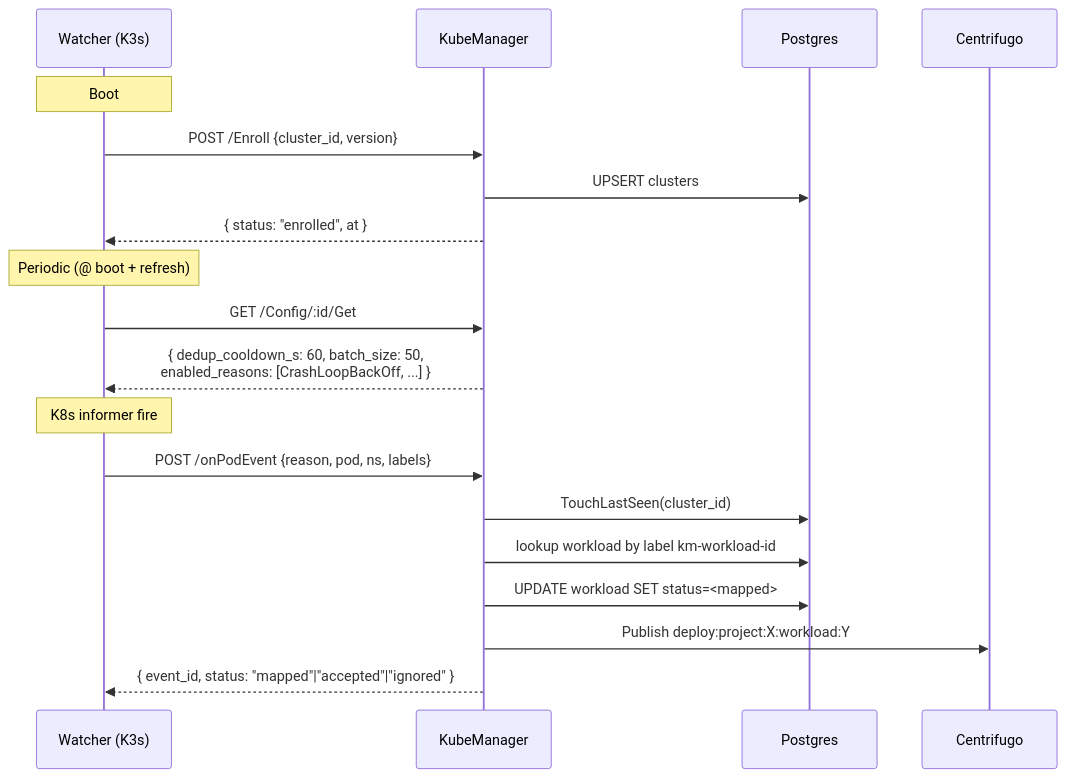
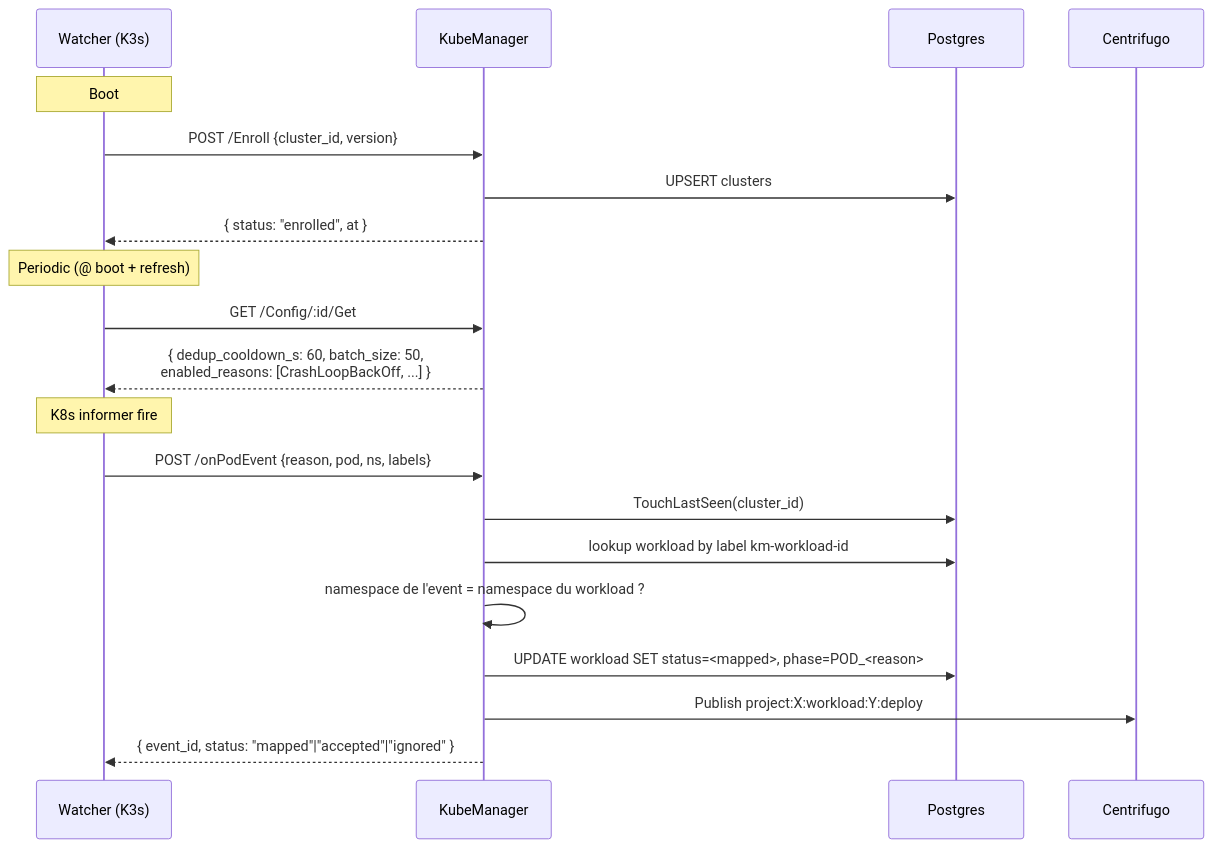
Before and after one commit to betorun/betomanager: the diagram in docs/modules/clusters.md, drawn with Mermaid. The commit also changed other lines of this file and 24 other files, not shown here.

````diff
--- a/docs/modules/clusters.md
+++ b/docs/modules/clusters.md
@@ -42,24 +46,25 @@
 ```mermaid
 sequenceDiagram
     participant W as Watcher (K3s)
     participant KM as KubeManager
     participant DB as Postgres
     participant Centri as Centrifugo
 
     Note over W: Boot
     W->>KM: POST /Enroll {cluster_id, version}
     KM->>DB: UPSERT clusters
     KM-->>W: { status: "enrolled", at }
 
     Note over W: Periodic (@ boot + refresh)
     W->>KM: GET /Config/:id/Get
     KM-->>W: { dedup_cooldown_s: 60, batch_size: 50,<br/>enabled_reasons: [CrashLoopBackOff, ...] }
 
     Note over W: K8s informer fire
     W->>KM: POST /onPodEvent {reason, pod, ns, labels}
     KM->>DB: TouchLastSeen(cluster_id)
     KM->>DB: lookup workload by label km-workload-id
-    KM->>DB: UPDATE workload SET status=<mapped>
-    KM->>Centri: Publish deploy:project:X:workload:Y
+    KM->>KM: namespace de l'event = namespace du workload ?
+    KM->>DB: UPDATE workload SET status=<mapped>, phase=POD_<reason>
+    KM->>Centri: Publish project:X:workload:Y:deploy
     KM-->>W: { event_id, status: "mapped"|"accepted"|"ignored" }
 ```
````
